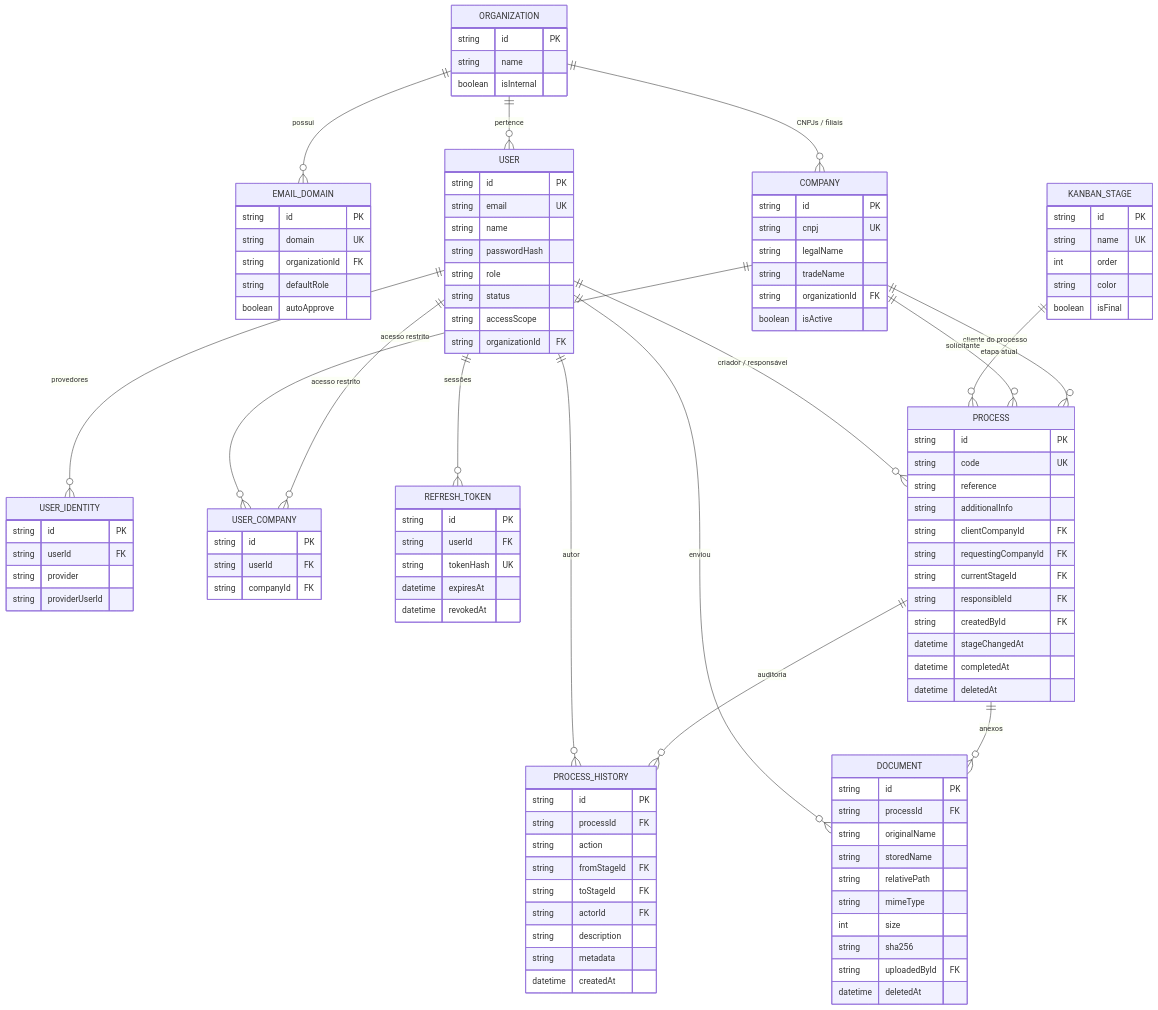
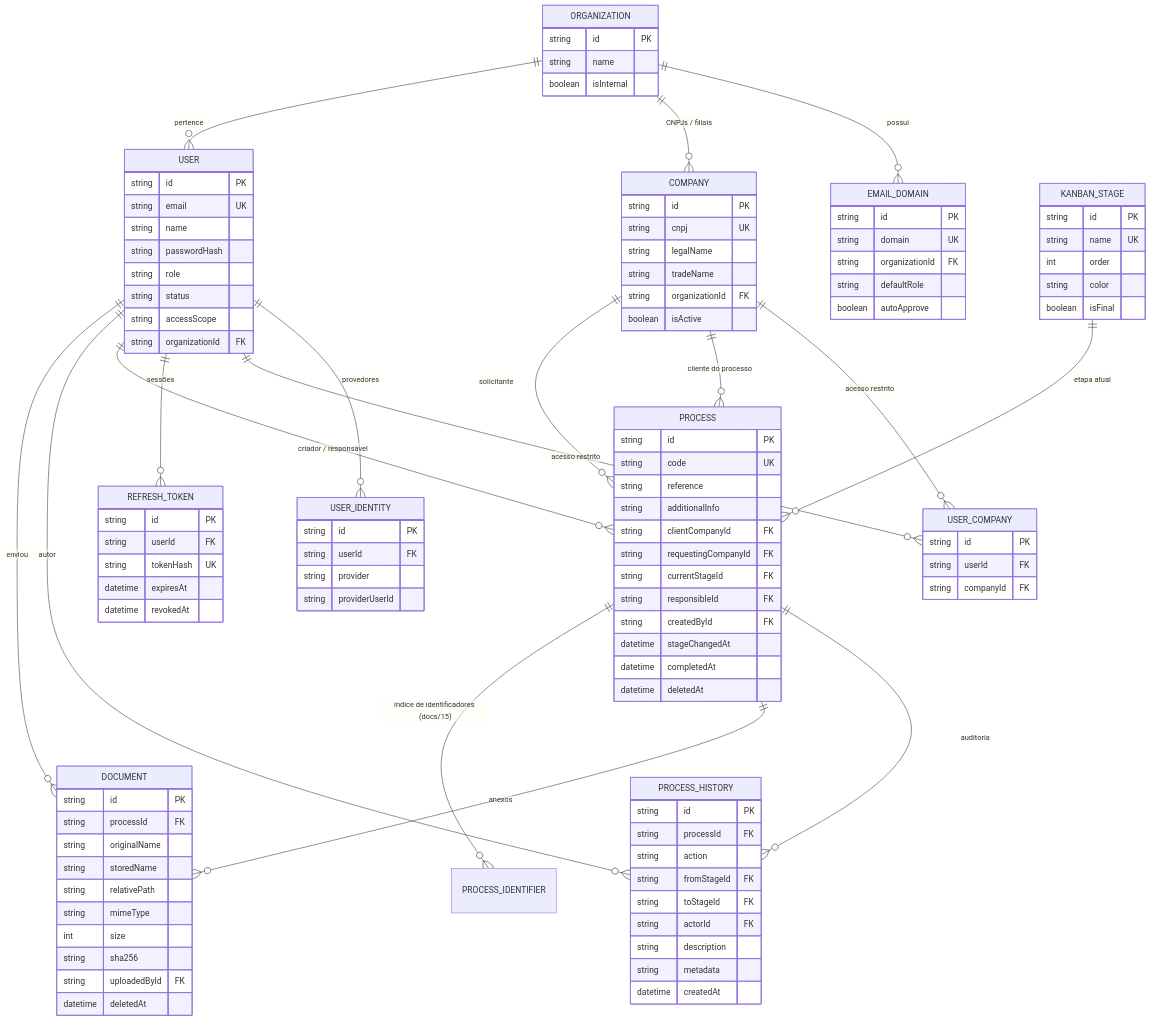
The diagram in docs/04-modelo-de-dados.md (lucasFrt/AberturaProcessos), drawn with Mermaid before and after one commit. The commit also changed other lines of this file and 64 other files, not shown here.

First line of the commit message:
feat(ilog): espelho incremental do iLog e índice de identificadores (Tarefa 30a/30b)

```diff
--- a/docs/04-modelo-de-dados.md
+++ b/docs/04-modelo-de-dados.md
@@ -29,6 +29,7 @@
     USER ||--o{ PROCESS : "criador / responsável"
     PROCESS ||--o{ PROCESS_HISTORY : "auditoria"
     PROCESS ||--o{ DOCUMENT : "anexos"
+    PROCESS ||--o{ PROCESS_IDENTIFIER : "índice de identificadores (docs/15)"
     USER ||--o{ PROCESS_HISTORY : "autor"
     USER ||--o{ DOCUMENT : "enviou"
 
```
